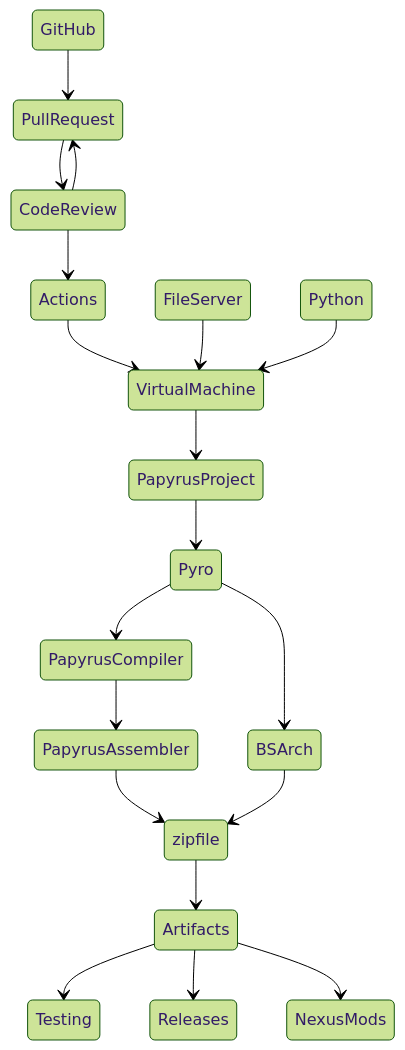
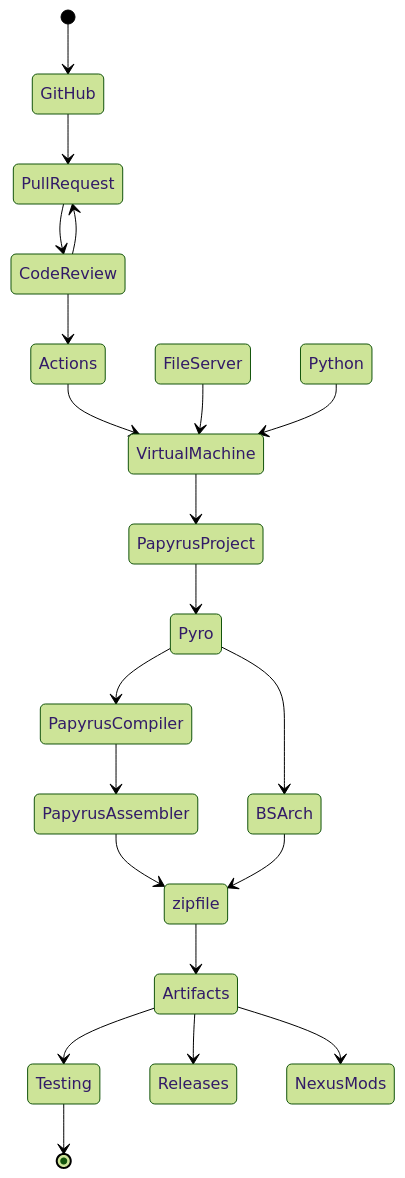
The second of 2 diagrams in pyro/workflows.md (fireundubh/playwithfire), drawn with Mermaid (forest theme) before and after one commit. The commit also changed other lines of this file, not shown here.

Commit message:
docs: update pyro/workflows

````diff
--- a/pyro/workflows.md
+++ b/pyro/workflows.md
@@ -48,21 +48,23 @@
 ```mermaid
 stateDiagram
+  [*] --> GitHub
 	GitHub --> PullRequest
 	PullRequest --> CodeReview
 	CodeReview --> PullRequest
 	CodeReview --> Actions
   Actions --> VirtualMachine
   FileServer --> VirtualMachine
   Python --> VirtualMachine
   VirtualMachine --> PapyrusProject
   PapyrusProject --> Pyro
 	Pyro --> PapyrusCompiler
   PapyrusCompiler --> PapyrusAssembler
   Pyro --> BSArch
   PapyrusAssembler --> zipfile
   BSArch --> zipfile
   zipfile --> Artifacts
   Artifacts --> Testing
+  Testing --> [*]
   Artifacts --> Releases
   Artifacts --> NexusMods
 ```
````
